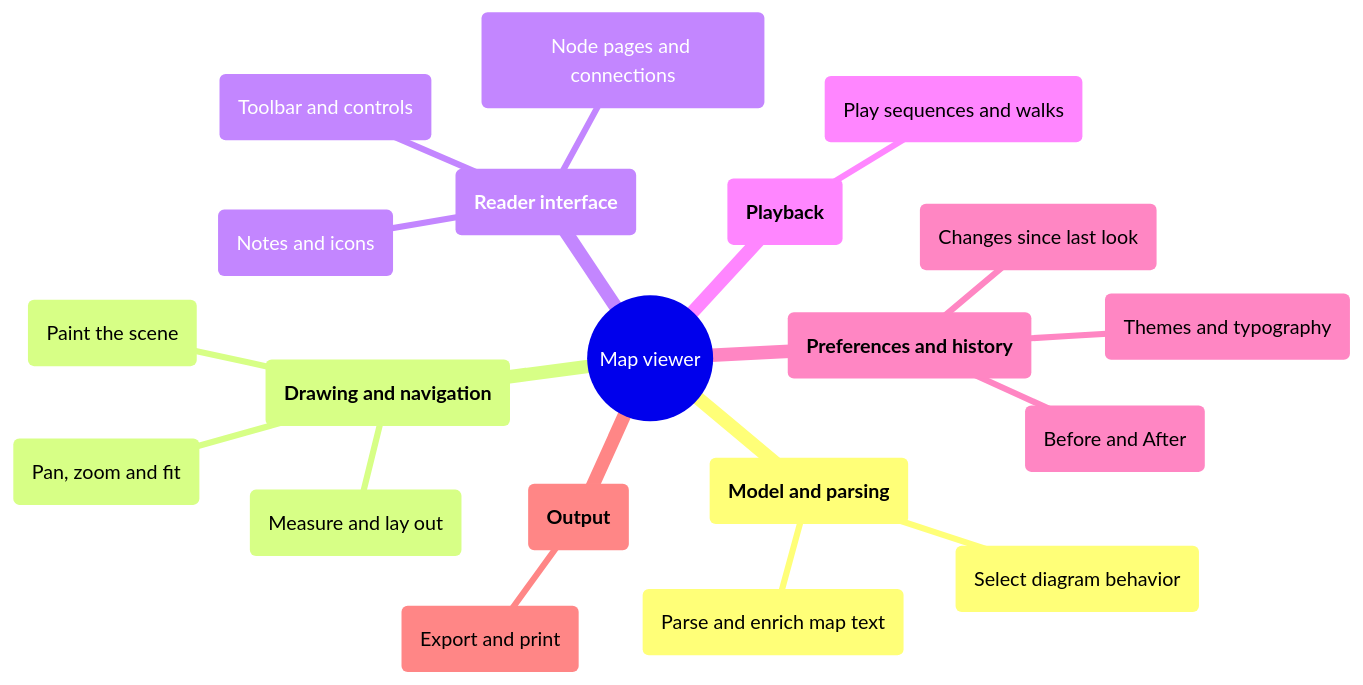
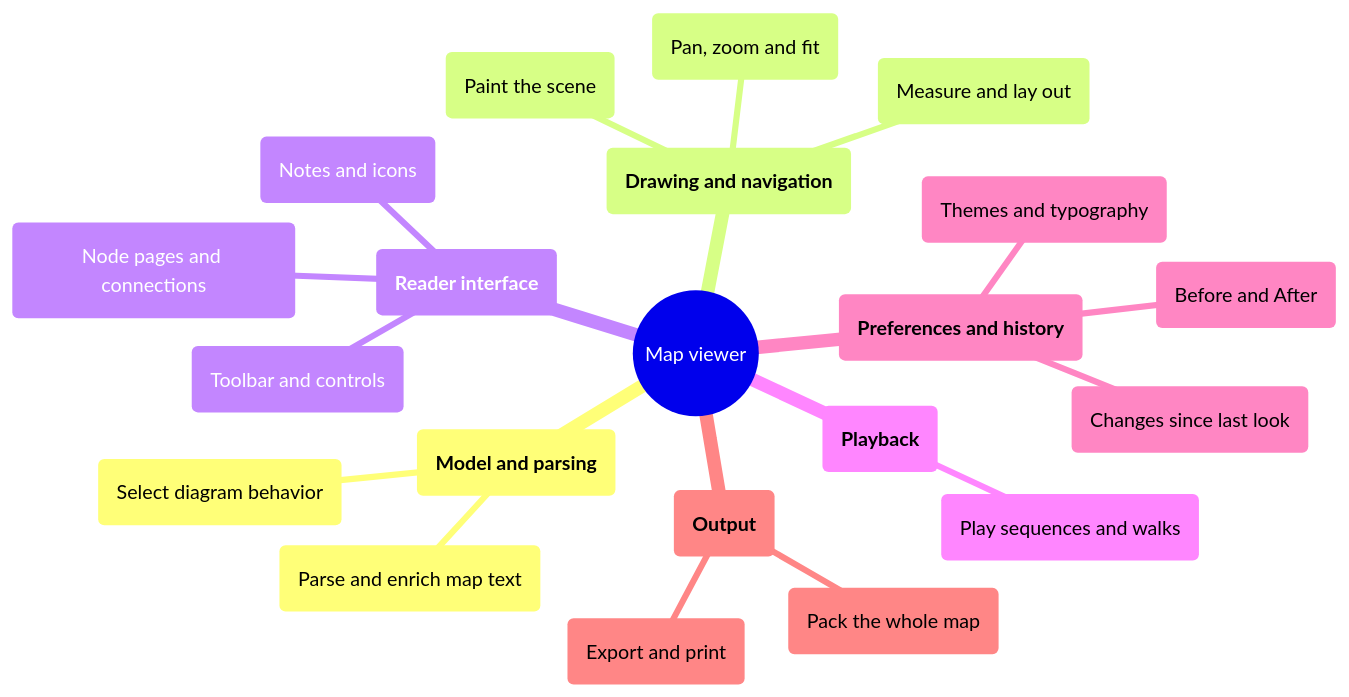
The fifth of 17 diagrams in examples/maps/avagahana-architecture.md (nvsravank/avagahana), drawn with Mermaid before and after one commit. The commit also changed other lines of this file and 20 other files, not shown here.

Commit message:
WO-35: whole map export, Interactive HTML, Source file, pack.js, shared snapshot page, snapshot(), asOf, version, api/info build

````diff
--- a/examples/maps/avagahana-architecture.md
+++ b/examples/maps/avagahana-architecture.md
@@ -200,23 +200,24 @@
 ```mermaid
 mindmap
   v(("Map viewer"))
     modelGroup("**Model and parsing**")
       m("Parse and enrich map text")
       d("Select diagram behavior")
     drawGroup("**Drawing and navigation**")
       layoutNode("Measure and lay out")
       p("Paint the scene")
       s("Pan, zoom and fit")
     uiGroup("**Reader interface**")
       c("Toolbar and controls")
       pg("Node pages and connections")
       nt("Notes and icons")
     playbackGroup("**Playback**")
       pl("Play sequences and walks")
     preferencesGroup("**Preferences and history**")
       th("Themes and typography")
       sn("Changes since last look")
       cmp("Before and After")
     outputGroup("**Output**")
       ex("Export and print")
+      pk("Pack the whole map")
 ```
````
